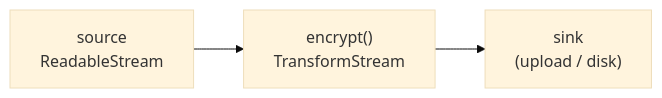
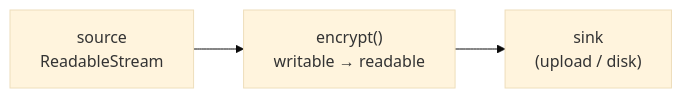
The second of 2 diagrams in packages/filecoin-encryption-envelope/docs/tech-spec.md (FilOzone/synapse-sdk), drawn with Mermaid (base theme) before and after one commit. The commit also changed other lines of this file, not shown here.

````diff
--- a/packages/filecoin-encryption-envelope/docs/tech-spec.md
+++ b/packages/filecoin-encryption-envelope/docs/tech-spec.md
@@ -569,4 +656,4 @@
 ```mermaid
 flowchart LR
-    S["source<br/>ReadableStream"] --> T["encrypt()<br/>TransformStream"] --> D["sink<br/>(upload / disk)"]
+    S["source<br/>ReadableStream"] --> T["encrypt()<br/>writable → readable"] --> D["sink<br/>(upload / disk)"]
 ```
````
